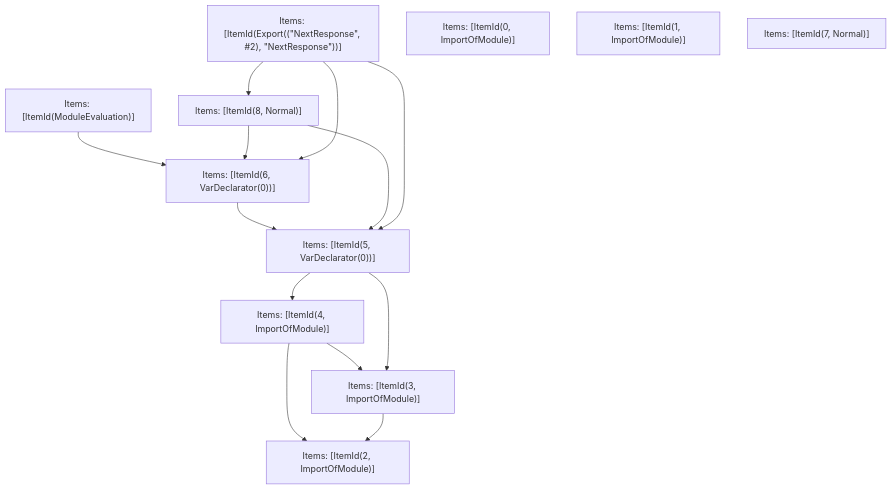
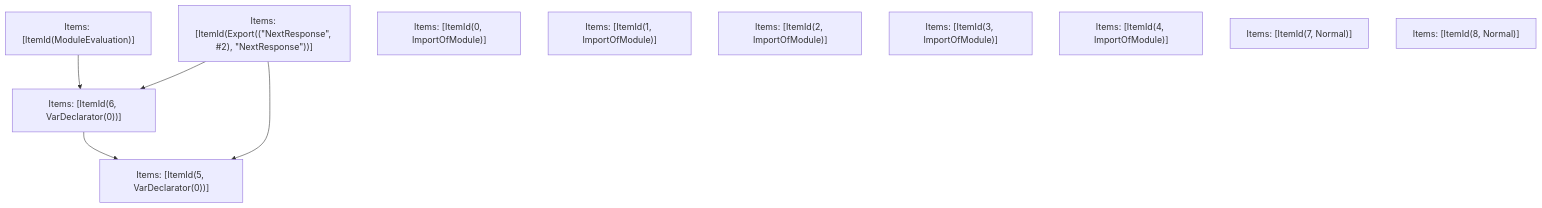
The fifth of 5 diagrams in turbopack/crates/turbopack-ecmascript/tests/tree-shaker/analyzer/next-response/output.md (Sonar-UX-Testing-FreePlan/next.js), drawn with Mermaid before and after one commit. The commit also changed other lines of this file and 30 other files, not shown here.

````diff
--- a/turbopack/crates/turbopack-ecmascript/tests/tree-shaker/analyzer/next-response/output.md
+++ b/turbopack/crates/turbopack-ecmascript/tests/tree-shaker/analyzer/next-response/output.md
@@ -411,26 +411,18 @@
 ```mermaid
 graph TD
     N0["Items: [ItemId(ModuleEvaluation)]"];
     N1["Items: [ItemId(Export((&quot;NextResponse&quot;, #2), &quot;NextResponse&quot;))]"];
-    N2["Items: [ItemId(2, ImportOfModule)]"];
-    N3["Items: [ItemId(3, ImportOfModule)]"];
-    N4["Items: [ItemId(4, ImportOfModule)]"];
-    N5["Items: [ItemId(5, VarDeclarator(0))]"];
-    N6["Items: [ItemId(6, VarDeclarator(0))]"];
-    N7["Items: [ItemId(8, Normal)]"];
-    N8["Items: [ItemId(0, ImportOfModule)]"];
-    N9["Items: [ItemId(1, ImportOfModule)]"];
-    N10["Items: [ItemId(7, Normal)]"];
-    N4 --> N2;
-    N1 --> N7;
+    N2["Items: [ItemId(5, VarDeclarator(0))]"];
+    N3["Items: [ItemId(6, VarDeclarator(0))]"];
+    N4["Items: [ItemId(0, ImportOfModule)]"];
+    N5["Items: [ItemId(1, ImportOfModule)]"];
+    N6["Items: [ItemId(2, ImportOfModule)]"];
+    N7["Items: [ItemId(3, ImportOfModule)]"];
+    N8["Items: [ItemId(4, ImportOfModule)]"];
+    N9["Items: [ItemId(7, Normal)]"];
+    N10["Items: [ItemId(8, Normal)]"];
+    N1 --> N3;
     N3 --> N2;
-    N4 --> N3;
-    N5 --> N4;
-    N6 --> N5;
-    N0 --> N6;
-    N7 --> N6;
-    N5 --> N3;
-    N1 --> N6;
-    N7 --> N5;
-    N1 --> N5;
+    N1 --> N2;
+    N0 --> N3;
 ```
````
